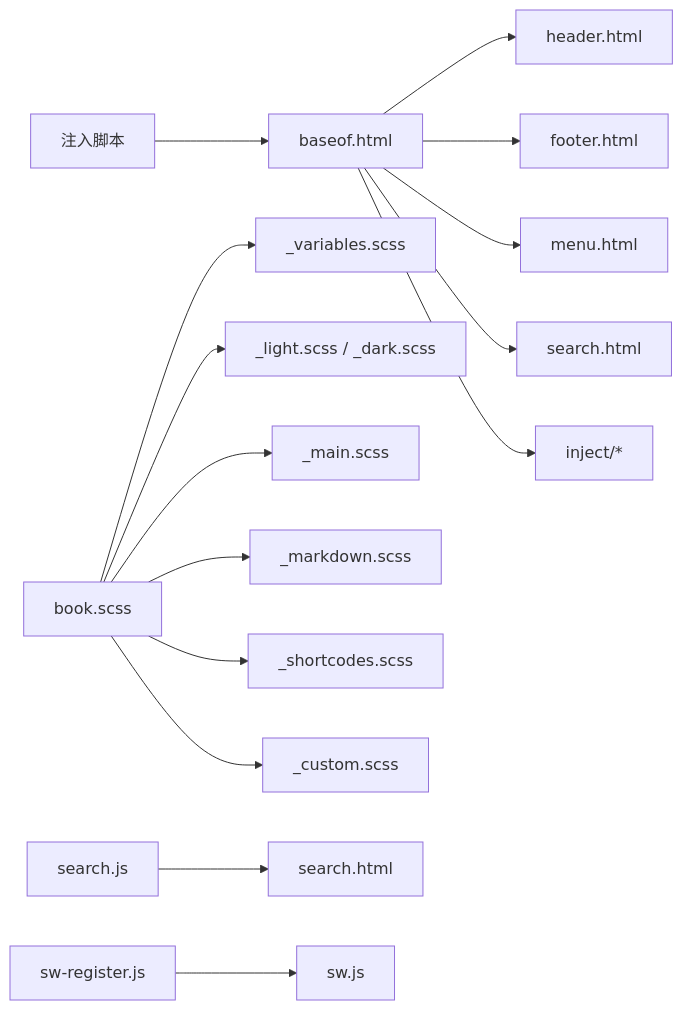
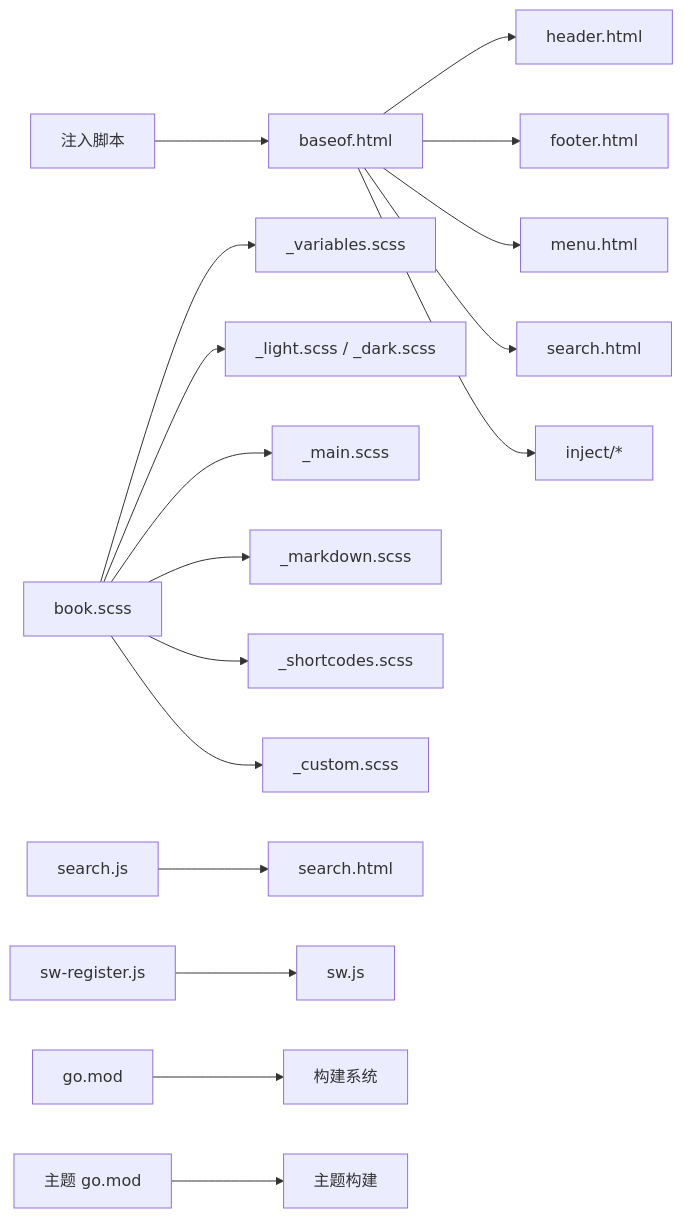
One commit to nianjiang/nianjiang.github.io changed the tenth of 10 diagrams in .qoder/repowiki/zh/content/主题定制/主题定制.md. Above: the diagram before and after it, drawn with Mermaid. The commit also changed other lines of this file and 22 other files, not shown here.

````diff
--- a/.qoder/repowiki/zh/content/主题定制/主题定制.md
+++ b/.qoder/repowiki/zh/content/主题定制/主题定制.md
@@ -465,17 +517,19 @@
 ```mermaid
 graph LR
 Base["baseof.html"] --> Header["header.html"]
 Base --> Footer["footer.html"]
 Base --> Menu["menu.html"]
 Base --> Search["search.html"]
 Base --> Inject["inject/*"]
 Book["book.scss"] --> Vars["_variables.scss"]
 Book --> Themes["_light.scss / _dark.scss"]
 Book --> Main["_main.scss"]
 Book --> MD["_markdown.scss"]
 Book --> SC["_shortcodes.scss"]
 Book --> Custom["_custom.scss"]
 SearchJS["search.js"] --> SearchUI["search.html"]
 SWReg["sw-register.js"] --> SW["sw.js"]
 InjectJS["注入脚本"] --> Base
+GoMod["go.mod"] --> Build["构建系统"]
+ThemeGoMod["主题 go.mod"] --> ThemeBuild["主题构建"]
 ```
````
